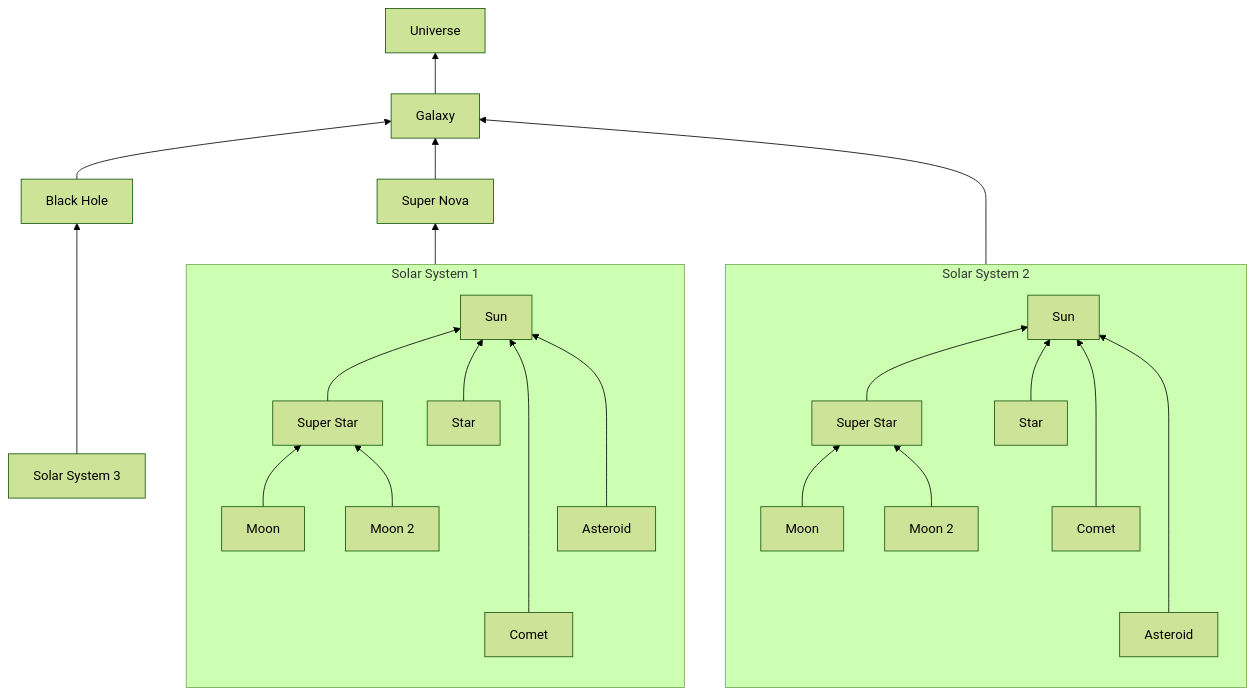
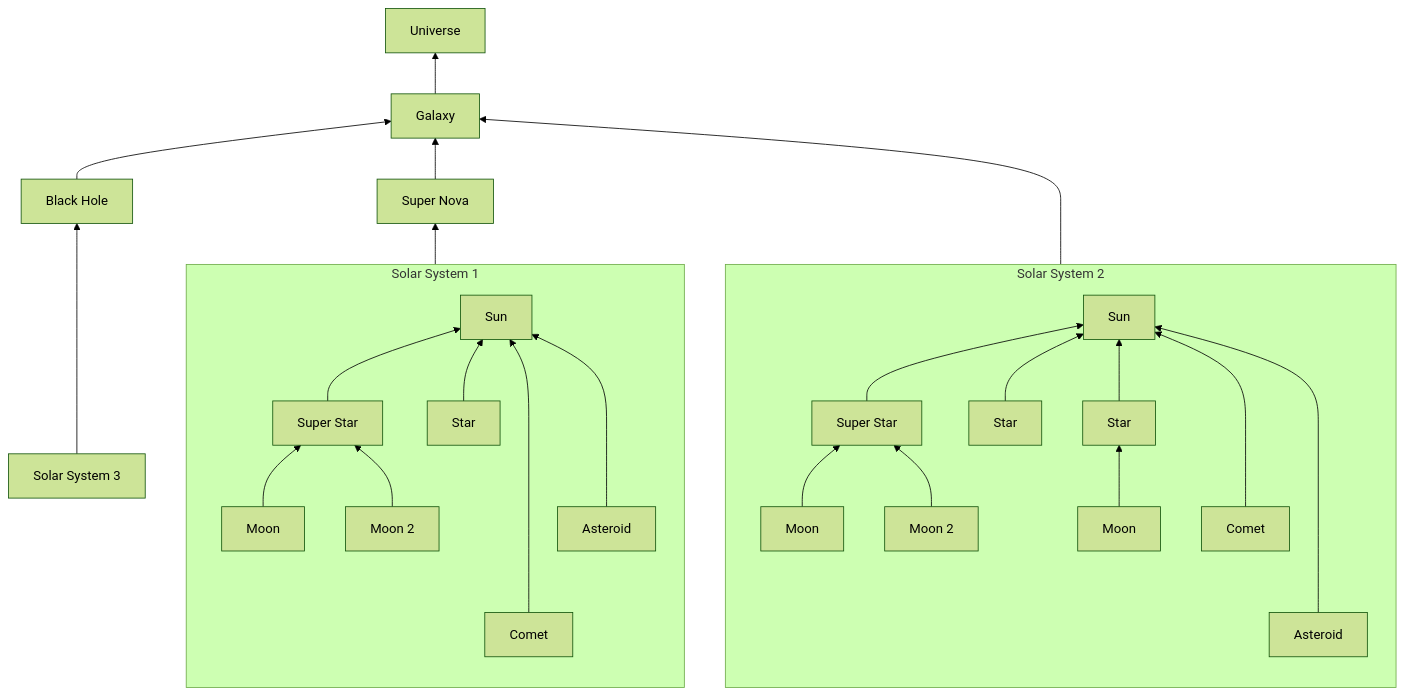
Before and after one commit to bjornmage/BUF: the first of 2 diagrams in README.md, drawn with Mermaid (forest theme). The commit also changed other lines of this file, not shown here.

````diff
--- a/README.md
+++ b/README.md
@@ -27,29 +27,31 @@
 ```mermaid 
 graph BT
 B[Galaxy]-->A[Universe]
 C[Black Hole]-->B[Galaxy]
 D[Super Nova]-->B[Galaxy]
 E[Solar System 1]-->D[Super Nova]
 M[Solar System 2]--->B[Galaxy]
 Z[Solar System 3]-->C[Black Hole]
 
 subgraph E[Solar System 1]
 direction BT
 G[Super Star]-->F[Sun]
 H[Star]-->F[Sun]
 I[Moon]-->G[Super Star]
 J[Moon 2]-->G[Super Star]
 K[Comet]---->F[Sun]
 L[Asteroid]--->F[Sun]
 end
 
 subgraph M[Solar System 2]
 direction BT
 O[Super Star]-->N[Sun]
 P[Star]-->N[Sun]
+V[Star]-->N[Sun]
+W[Moon]-->V[Star]
 Q[Moon]-->O[Super Star]
 R[Moon 2]-->O[Super Star]
 S[Comet]--->N[Sun]
 T[Asteroid]---->N[Sun]
 end
 ```
````
